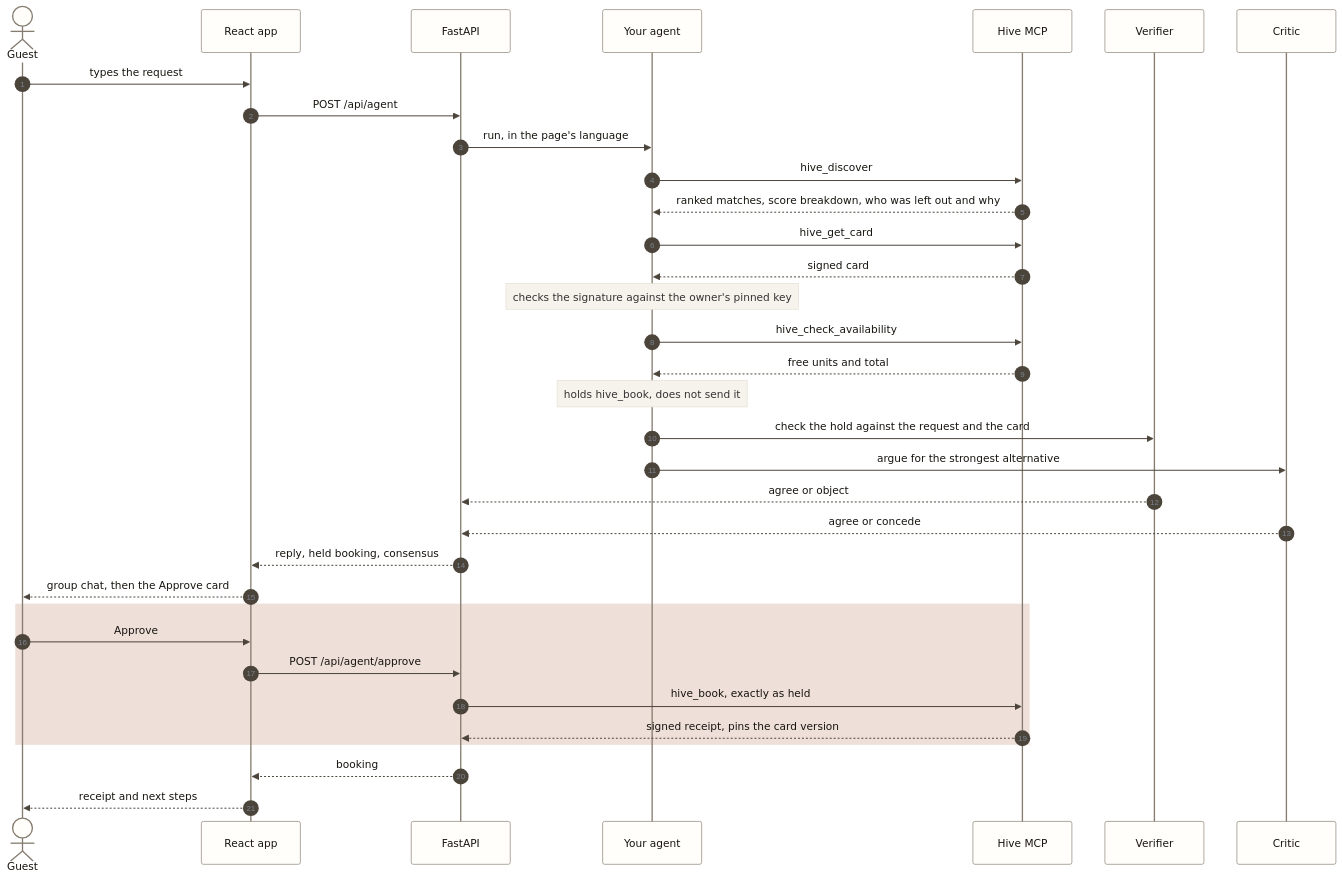
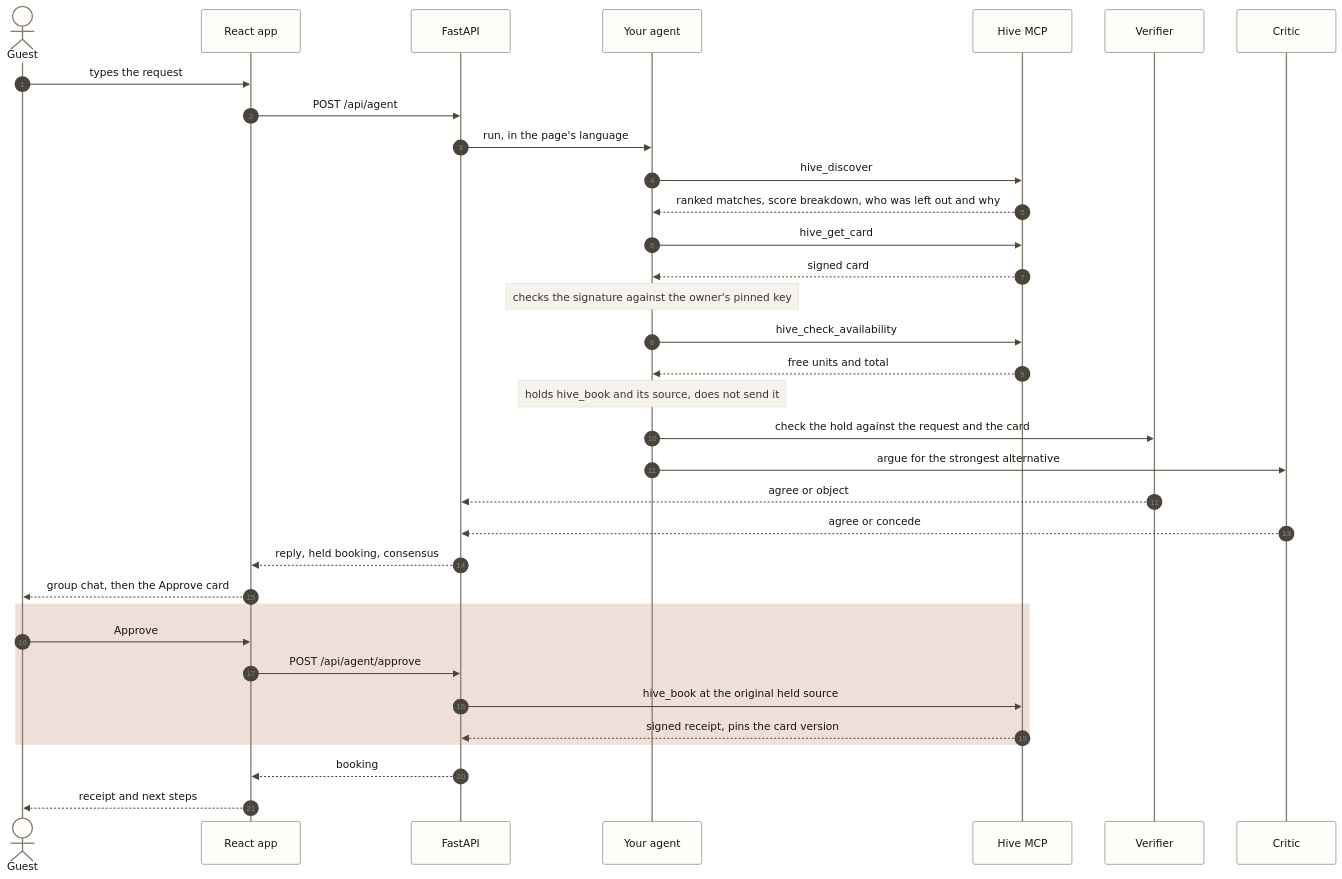
Before and after one commit to reactbias/Adobee-Hive: the third of 9 diagrams in documentation/DIAGRAMS.md, drawn with Mermaid. The commit also changed other lines of this file and 4 other files, not shown here.

````diff
--- a/documentation/DIAGRAMS.md
+++ b/documentation/DIAGRAMS.md
@@ -186,38 +191,38 @@
 ```mermaid
 %%{init: {"theme": "base", "themeVariables": {"primaryColor": "#fffefb", "primaryBorderColor": "#857c6f", "primaryTextColor": "#17140f", "lineColor": "#857c6f", "clusterBkg": "#f6f3ed", "clusterBorder": "#e4ded3", "noteBkgColor": "#f6f3ed", "noteBorderColor": "#e4ded3", "actorBkg": "#fffefb", "actorBorder": "#857c6f", "signalColor": "#4b443a", "signalTextColor": "#17140f", "fontFamily": "Helvetica, Arial, sans-serif"}}}%%
 sequenceDiagram
   autonumber
   actor Guest
   participant UI as React app
   participant API as FastAPI
   participant AG as Your agent
   participant MCP as Hive MCP
   participant V as Verifier
   participant C as Critic
 
   Guest->>UI: types the request
   UI->>API: POST /api/agent
   API->>AG: run, in the page's language
   AG->>MCP: hive_discover
   MCP-->>AG: ranked matches, score breakdown, who was left out and why
   AG->>MCP: hive_get_card
   MCP-->>AG: signed card
   Note over AG: checks the signature against the owner's pinned key
   AG->>MCP: hive_check_availability
   MCP-->>AG: free units and total
-  Note over AG: holds hive_book, does not send it
+  Note over AG: holds hive_book and its source, does not send it
   AG->>V: check the hold against the request and the card
   AG->>C: argue for the strongest alternative
   V-->>API: agree or object
   C-->>API: agree or concede
   API-->>UI: reply, held booking, consensus
   UI-->>Guest: group chat, then the Approve card
   rect rgba(162, 79, 44, 0.18)
     Guest->>UI: Approve
     UI->>API: POST /api/agent/approve
-    API->>MCP: hive_book, exactly as held
+    API->>MCP: hive_book at the original held source
     MCP-->>API: signed receipt, pins the card version
   end
   API-->>UI: booking
   UI-->>Guest: receipt and next steps
 ```
````
